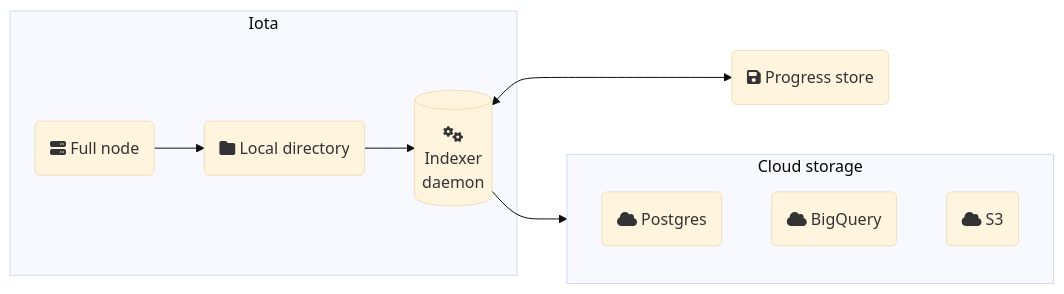
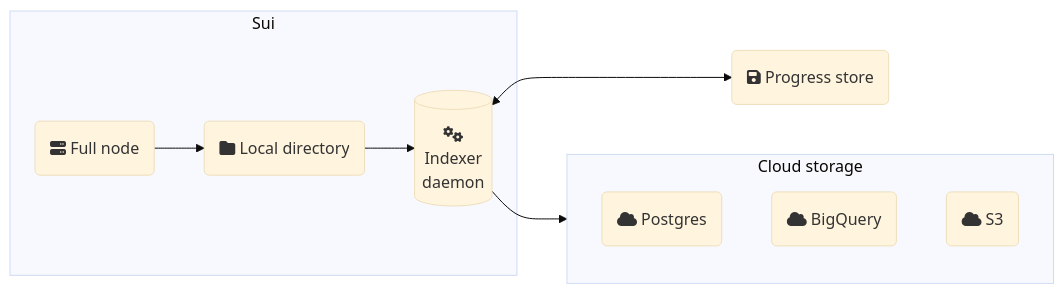
Before and after one commit to rafnixschaf/iota: the second of 2 diagrams in docs/content/guides/developer/advanced/custom-indexer.mdx, drawn with Mermaid (base theme). The commit also changed other lines of this file and 9877 other files, not shown here.

````diff
--- a/docs/content/guides/developer/advanced/custom-indexer.mdx
+++ b/docs/content/guides/developer/advanced/custom-indexer.mdx
@@ -64,17 +64,17 @@
 ```mermaid
 flowchart LR
-  subgraph Iota
+  subgraph Sui
     A("fa:fa-server Full node");
     A-->B("fa:fa-folder Local directory");
     B-->C[("fa:fa-gears
     Indexer
     daemon")];
   end
   subgraph cloud[Cloud storage]
     pg(fa:fa-cloud Postgres);
     bq(fa:fa-cloud BigQuery);
     s1(fa:fa-cloud S3);
   end
   C-->cloud;
   C<-->D("fa:fa-floppy-disk Progress store");
 ```
````
